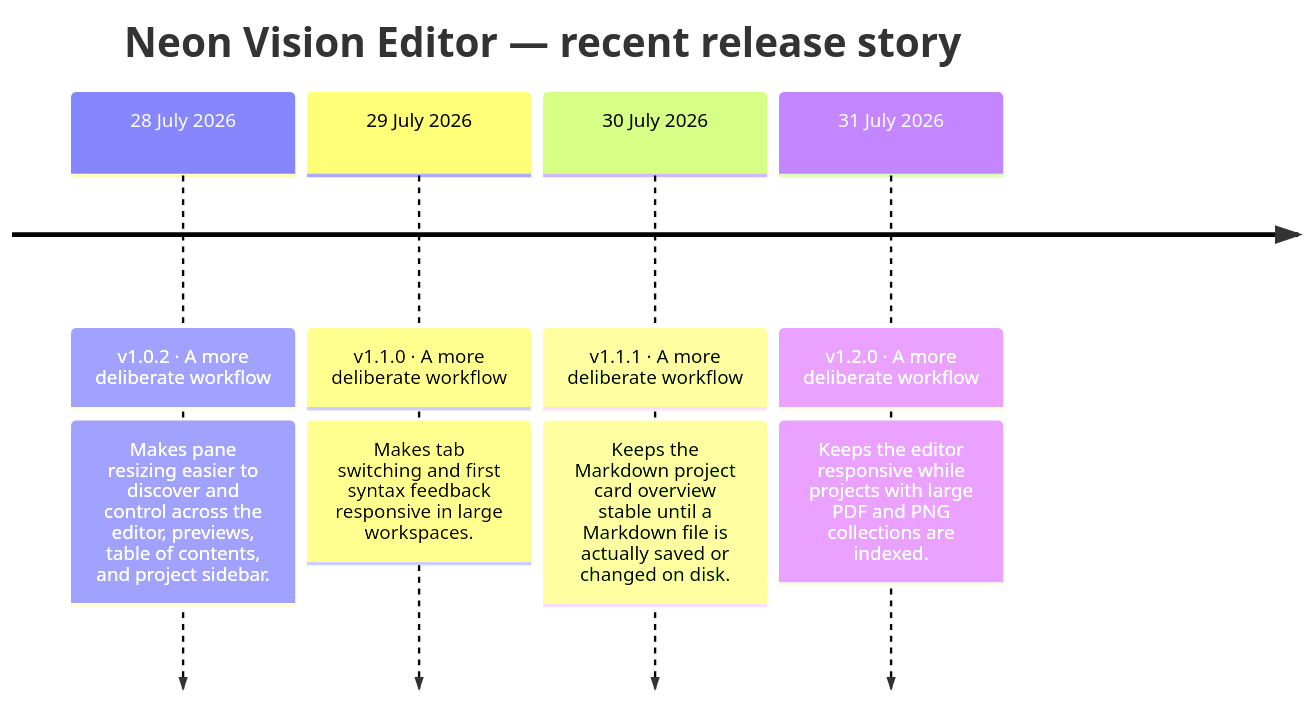
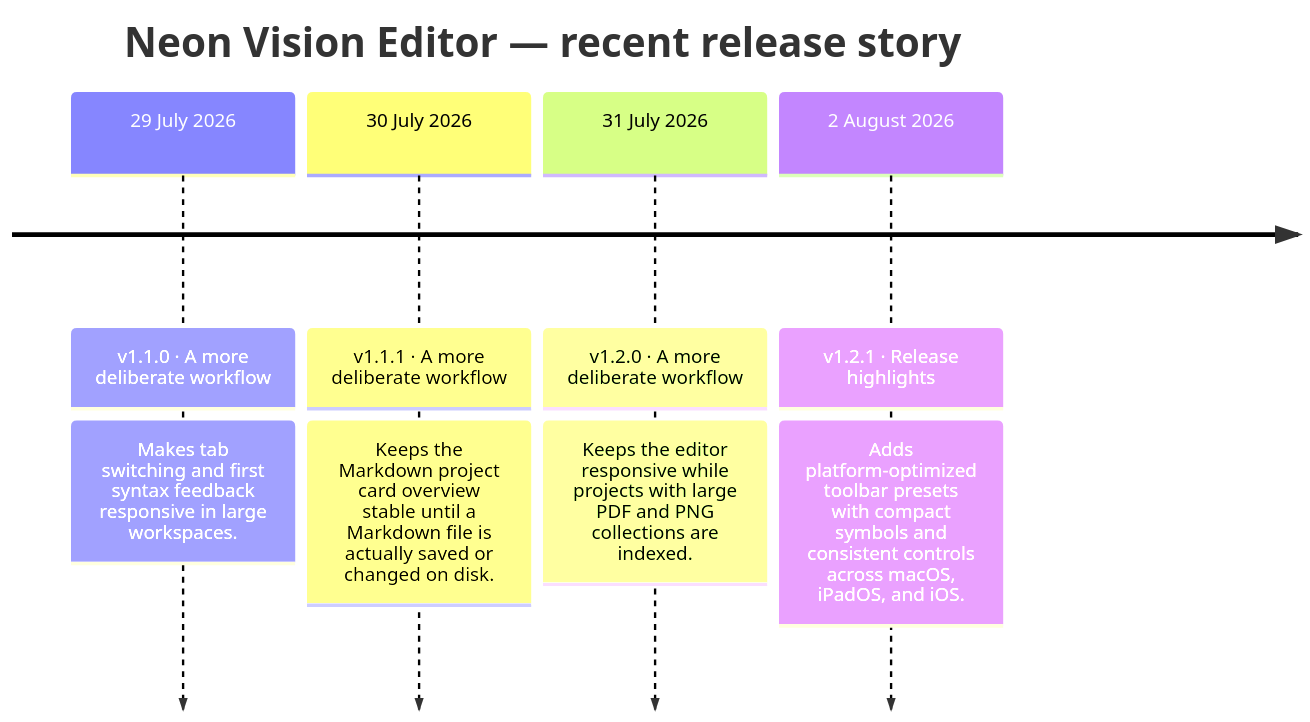
The second of 2 diagrams in README.md (h3pdesign/Neon-Vision-Editor), drawn with Mermaid before and after one commit. The commit also changed other lines of this file and 6 other files, not shown here.

````diff
--- a/README.md
+++ b/README.md
@@ -759,12 +770,12 @@
 ```mermaid
 timeline
     title Neon Vision Editor — recent release story
-    28 July 2026 : v1.0.2 · A more deliberate workflow
-                : Makes pane resizing easier to discover and control across the editor, previews, table of contents, and project sidebar.
     29 July 2026 : v1.1.0 · A more deliberate workflow
                 : Makes tab switching and first syntax feedback responsive in large workspaces.
     30 July 2026 : v1.1.1 · A more deliberate workflow
                 : Keeps the Markdown project card overview stable until a Markdown file is actually saved or changed on disk.
     31 July 2026 : v1.2.0 · A more deliberate workflow
                 : Keeps the editor responsive while projects with large PDF and PNG collections are indexed.
+    2 August 2026 : v1.2.1 · Release highlights
+                : Adds platform-optimized toolbar presets with compact symbols and consistent controls across macOS, iPadOS, and iOS.
 ```
````
